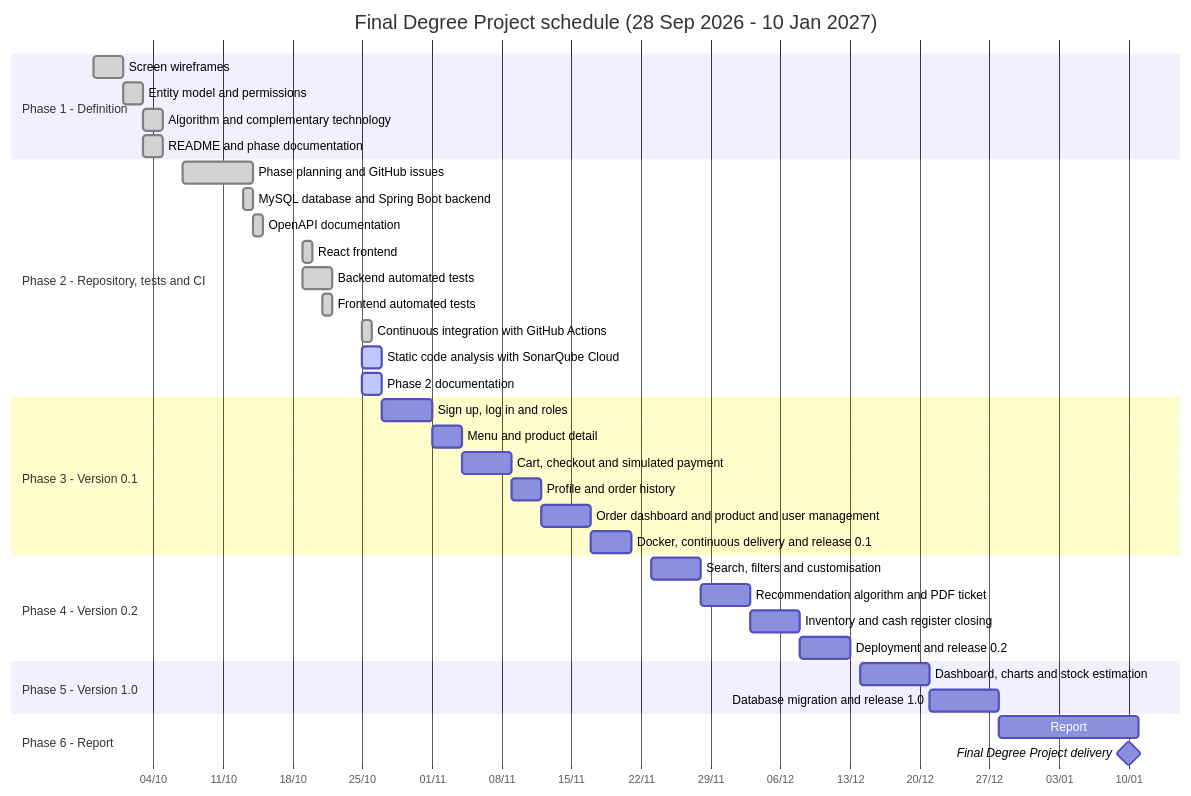
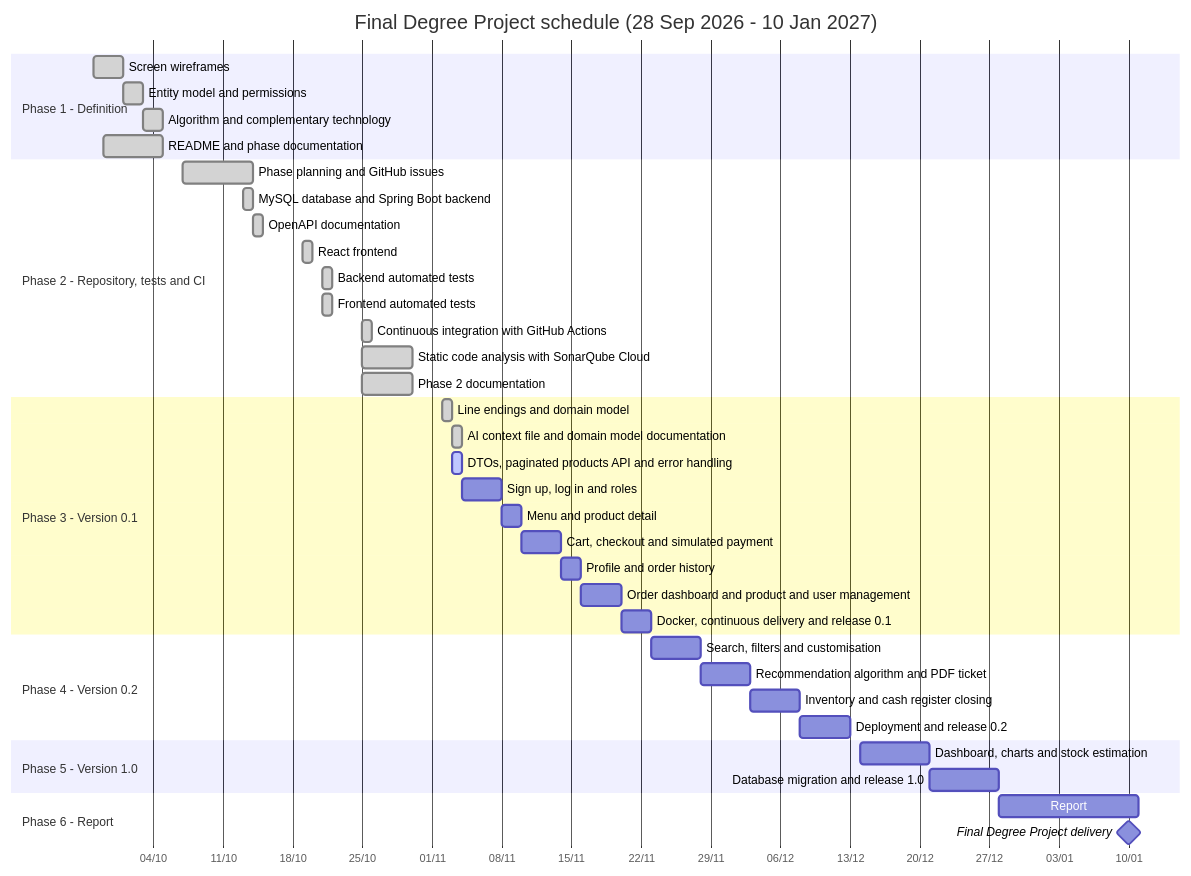
One commit to codeurjc-students/2026-Kombo changed the diagram in docs/methodology.md. Above: the diagram before and after it, drawn with Mermaid. The commit also changed 30 other files, not shown here.

First line of the commit message:
Add DTOs, paginated products API and uniform error handling

````diff
--- a/docs/methodology.md
+++ b/docs/methodology.md
@@ -17,46 +17,49 @@
 ```mermaid
 gantt
     title Final Degree Project schedule (28 Sep 2026 - 10 Jan 2027)
     dateFormat YYYY-MM-DD
     axisFormat %d/%m
     tickInterval 1week
 
     section Phase 1 - Definition
     Screen wireframes                                :done, f1a, 2026-09-28, 3d
     Entity model and permissions                     :done, f1b, 2026-10-01, 2d
     Algorithm and complementary technology           :done, f1c, 2026-10-03, 2d
-    README and phase documentation                   :done, f1d, 2026-10-03, 2d
+    README and phase documentation                   :done, f1d, 2026-09-29, 6d
 
     section Phase 2 - Repository, tests and CI
     Phase planning and GitHub issues                 :done, f2a, 2026-10-07, 7d
     MySQL database and Spring Boot backend           :done, f2b, 2026-10-13, 1d
     OpenAPI documentation                            :done, f2c, 2026-10-14, 1d
     React frontend                                   :done, f2d, 2026-10-19, 1d
-    Backend automated tests                          :done, f2e, 2026-10-19, 3d
+    Backend automated tests                          :done, f2e, 2026-10-21, 1d
     Frontend automated tests                         :done, f2f, 2026-10-21, 1d
     Continuous integration with GitHub Actions       :done, f2g, 2026-10-25, 1d
-    Static code analysis with SonarQube Cloud        :active, f2h, 2026-10-25, 2d
-    Phase 2 documentation                            :active, f2i, 2026-10-25, 2d
+    Static code analysis with SonarQube Cloud        :done, f2h, 2026-10-25, 5d
+    Phase 2 documentation                            :done, f2i, 2026-10-25, 5d
 
     section Phase 3 - Version 0.1
-    Sign up, log in and roles                        :f3a, 2026-10-27, 5d
-    Menu and product detail                          :f3b, after f3a, 3d
-    Cart, checkout and simulated payment             :f3c, after f3b, 5d
-    Profile and order history                        :f3d, after f3c, 3d
-    Order dashboard and product and user management  :f3e, after f3d, 5d
-    Docker, continuous delivery and release 0.1      :f3f, after f3e, 4d
+    Line endings and domain model                    :done, f3m, 2026-11-02, 1d
+    AI context file and domain model documentation   :done, f3n, 2026-11-03, 1d
+    DTOs, paginated products API and error handling  :active, f3o, 2026-11-03, 1d
+    Sign up, log in and roles                        :f3a, 2026-11-04, 4d
+    Menu and product detail                          :f3b, after f3a, 2d
+    Cart, checkout and simulated payment             :f3c, after f3b, 4d
+    Profile and order history                        :f3d, after f3c, 2d
+    Order dashboard and product and user management  :f3e, after f3d, 4d
+    Docker, continuous delivery and release 0.1      :f3f, after f3e, 3d
 
     section Phase 4 - Version 0.2
     Search, filters and customisation                :f4a, 2026-11-23, 5d
     Recommendation algorithm and PDF ticket          :f4b, after f4a, 5d
     Inventory and cash register closing              :f4c, after f4b, 5d
     Deployment and release 0.2                       :f4d, after f4c, 5d
 
     section Phase 5 - Version 1.0
     Dashboard, charts and stock estimation           :f5a, 2026-12-14, 7d
     Database migration and release 1.0               :f5b, after f5a, 7d
 
     section Phase 6 - Report
     Report                                           :f6a, 2026-12-28, 14d
     Final Degree Project delivery                    :milestone, m1, 2027-01-10, 0d
 ```
````
